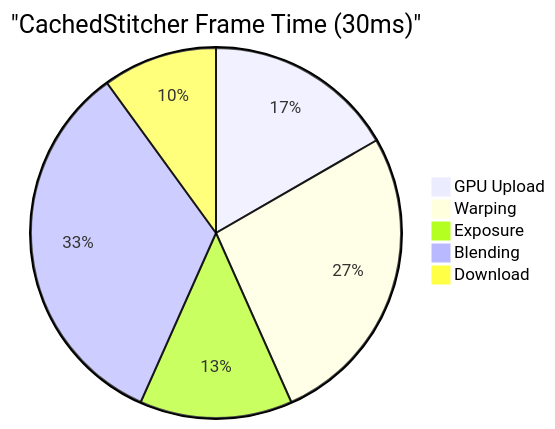
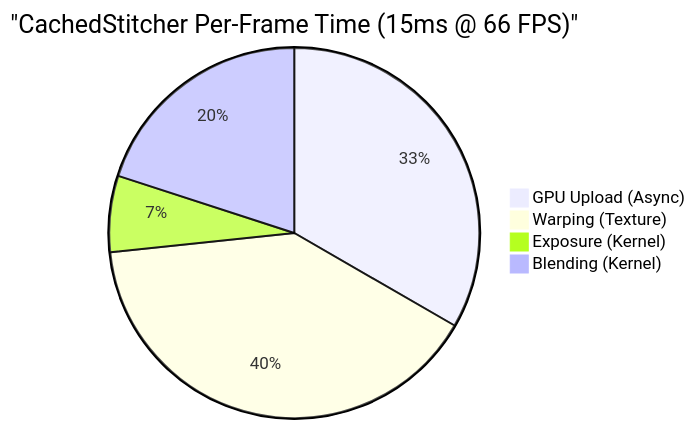
Before and after one commit to Tony363/opencvStitch: the sixth of 6 diagrams in README.md, drawn with Mermaid. The commit also changed other lines of this file, not shown here.

````diff
--- a/README.md
+++ b/README.md
@@ -384,8 +429,7 @@
 ```mermaid
-pie title "CachedStitcher Frame Time (30ms)"
-    "GPU Upload" : 5
-    "Warping" : 8
-    "Exposure" : 4
-    "Blending" : 10
-    "Download" : 3
+pie title "CachedStitcher Per-Frame Time (15ms @ 66 FPS)"
+    "GPU Upload (Async)" : 5
+    "Warping (Texture)" : 6
+    "Exposure (Kernel)" : 1
+    "Blending (Kernel)" : 3
 ```
````
